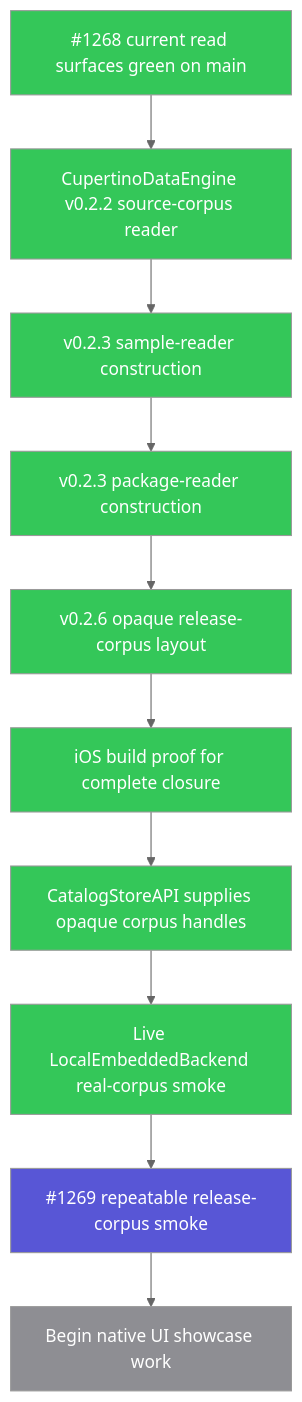
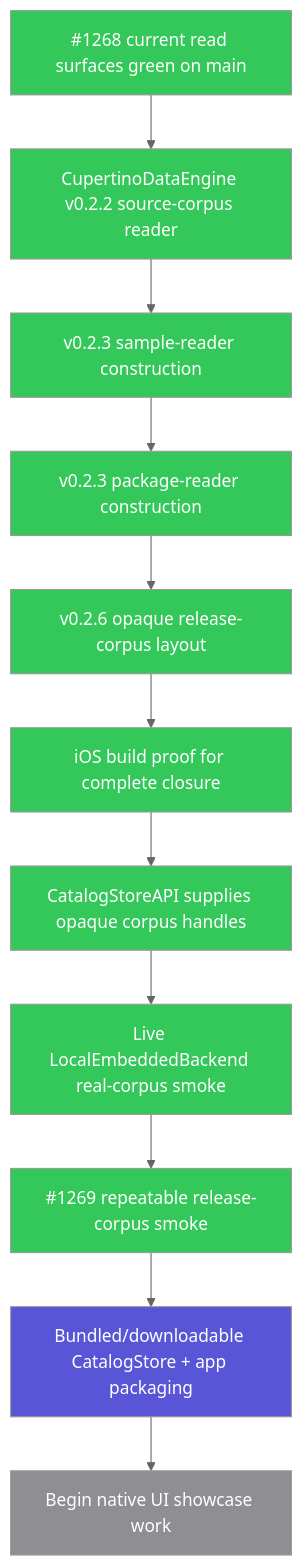
Before and after one commit to mihaelamj/cupertino: the third of 3 diagrams in README.md, drawn with Mermaid (neutral theme). The commit also changed other lines of this file and 6 other files, not shown here.

Commit message:
test(release): add release corpus smoke gate

````diff
--- a/README.md
+++ b/README.md
@@ -271,18 +271,19 @@
 ```mermaid
 flowchart TD
   release["#1268 current read surfaces green on main"]:::done
   source["CupertinoDataEngine v0.2.2 source-corpus reader"]:::done
   samples["v0.2.3 sample-reader construction"]:::done
   packages["v0.2.3 package-reader construction"]:::done
   bundle["v0.2.6 opaque release-corpus layout"]:::done
   ios["iOS build proof for complete closure"]:::done
   catalog["CatalogStoreAPI supplies opaque corpus handles"]:::done
   embedded["Live LocalEmbeddedBackend real-corpus smoke"]:::done
-  smoke["#1269 repeatable release-corpus smoke"]:::next
+  smoke["#1269 repeatable release-corpus smoke"]:::done
+  stores["Bundled/downloadable CatalogStore + app packaging"]:::next
   ui["Begin native UI showcase work"]:::todo
 
-  release --> source --> samples --> packages --> bundle --> ios --> catalog --> embedded --> smoke --> ui
+  release --> source --> samples --> packages --> bundle --> ios --> catalog --> embedded --> smoke --> stores --> ui
   classDef done    fill:#34C759,color:#FFFFFF
   classDef next    fill:#5856D6,color:#FFFFFF
   classDef todo    fill:#8E8E93,color:#FFFFFF
 ```
````
